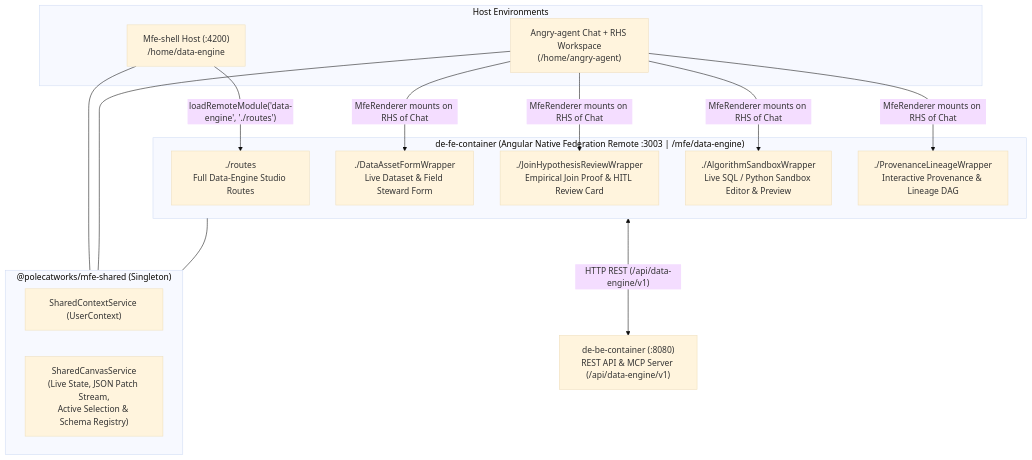
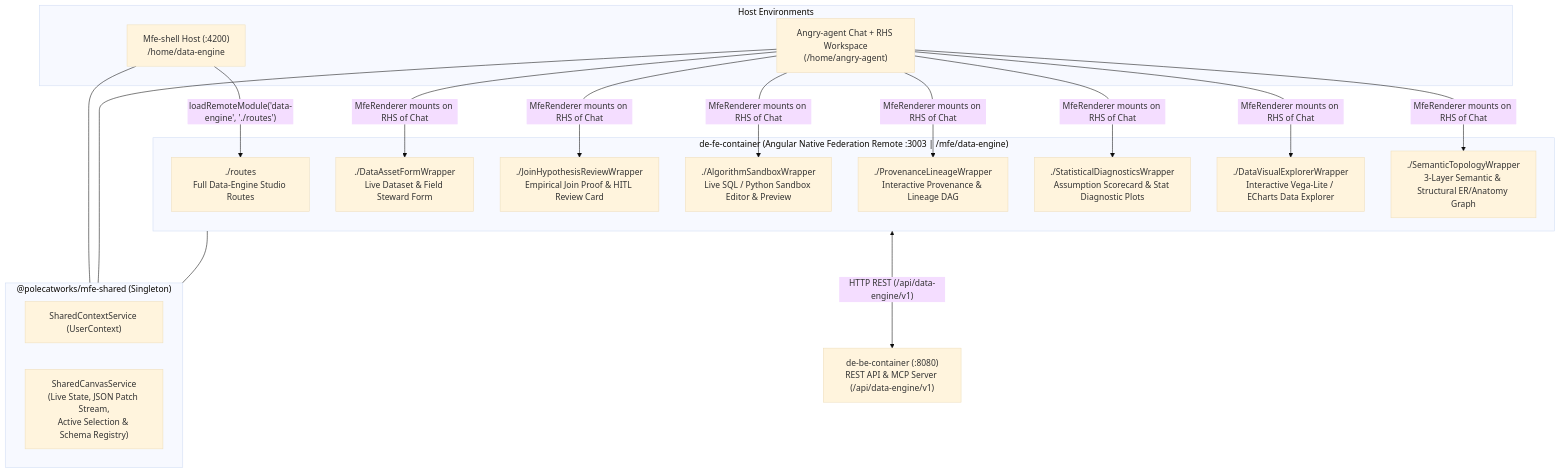
Before and after one commit to PolecatWorks/data-engine: the first of 2 diagrams in spec/prds/mfe-frontend-canvas-prd.md, drawn with Mermaid (base theme). The commit also changed other lines of this file and 8 other files, not shown here.

Commit message:
docs(prd,spec): add PRD 09 and draft TDD specs 13-15 for data visuals & semantic topology

````diff
--- a/spec/prds/mfe-frontend-canvas-prd.md
+++ b/spec/prds/mfe-frontend-canvas-prd.md
@@ -18,33 +18,39 @@
 ```mermaid
 flowchart TB
     subgraph HostApps["Host Environments"]
         Shell["Mfe-shell Host (:4200)\n/home/data-engine"]
         Angry["Angry-agent Chat + RHS Workspace\n(/home/angry-agent)"]
     end
 
     subgraph SharedLib["@polecatworks/mfe-shared (Singleton)"]
         UserCtx["SharedContextService (UserContext)"]
         CanvasSvc["SharedCanvasService\n(Live State, JSON Patch Stream,\nActive Selection & Schema Registry)"]
     end
 
     subgraph DE_FE["de-fe-container (Angular Native Federation Remote :3003 | /mfe/data-engine)"]
         Routes["./routes\nFull Data-Engine Studio Routes"]
         AssetForm["./DataAssetFormWrapper\nLive Dataset & Field Steward Form"]
         JoinCard["./JoinHypothesisReviewWrapper\nEmpirical Join Proof & HITL Review Card"]
         AlgoEditor["./AlgorithmSandboxWrapper\nLive SQL / Python Sandbox Editor & Preview"]
         ProvViewer["./ProvenanceLineageWrapper\nInteractive Provenance & Lineage DAG"]
+        StatDiag["./StatisticalDiagnosticsWrapper\nAssumption Scorecard & Stat Diagnostic Plots"]
+        DataViz["./DataVisualExplorerWrapper\nInteractive Vega-Lite / ECharts Data Explorer"]
+        TopoViz["./SemanticTopologyWrapper\n3-Layer Semantic & Structural ER/Anatomy Graph"]
     end
 
     DE_BE["de-be-container (:8080)\nREST API & MCP Server (/api/data-engine/v1)"]
 
     Shell -->|"loadRemoteModule('data-engine', './routes')"| Routes
     Angry -->|"MfeRenderer mounts on RHS of Chat"| AssetForm
     Angry -->|"MfeRenderer mounts on RHS of Chat"| JoinCard
     Angry -->|"MfeRenderer mounts on RHS of Chat"| AlgoEditor
     Angry -->|"MfeRenderer mounts on RHS of Chat"| ProvViewer
+    Angry -->|"MfeRenderer mounts on RHS of Chat"| StatDiag
+    Angry -->|"MfeRenderer mounts on RHS of Chat"| DataViz
+    Angry -->|"MfeRenderer mounts on RHS of Chat"| TopoViz
 
     Shell --- SharedLib
     Angry --- SharedLib
     DE_FE --- SharedLib
     DE_FE <-->|"HTTP REST (/api/data-engine/v1)"| DE_BE
 ```
````
